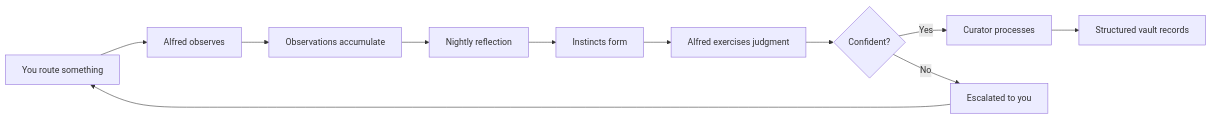
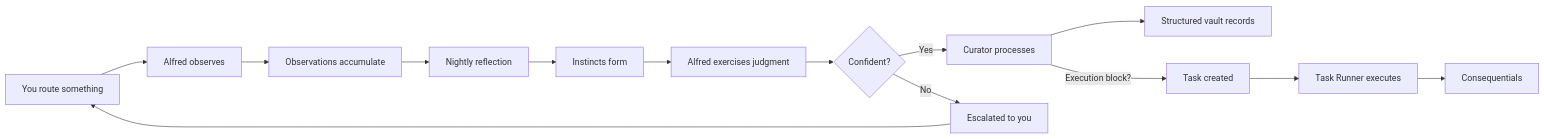
One commit to ssdavidai/alfred-documentation changed the diagram in architecture/semantic.mdx. Above: the diagram before and after it, drawn with Mermaid. The commit also changed other lines of this file and 5 other files, not shown here.

First line of the commit message:
docs: update for Spec 003 Phases 1-5 — task execution, skills, triage rename (#5)

````diff
--- a/architecture/semantic.mdx
+++ b/architecture/semantic.mdx
@@ -88,13 +99,16 @@
 ```mermaid
 graph LR
     A[You route something] --> B[Alfred observes]
     B --> C[Observations accumulate]
     C --> D[Nightly reflection]
     D --> E[Instincts form]
     E --> F[Alfred exercises judgment]
     F --> G{Confident?}
     G -->|Yes| H[Curator processes]
     G -->|No| I[Escalated to you]
     H --> J[Structured vault records]
+    H -->|Execution block?| K[Task created]
+    K --> L[Task Runner executes]
+    L --> M[Consequentials]
     I --> A
 ```
````
